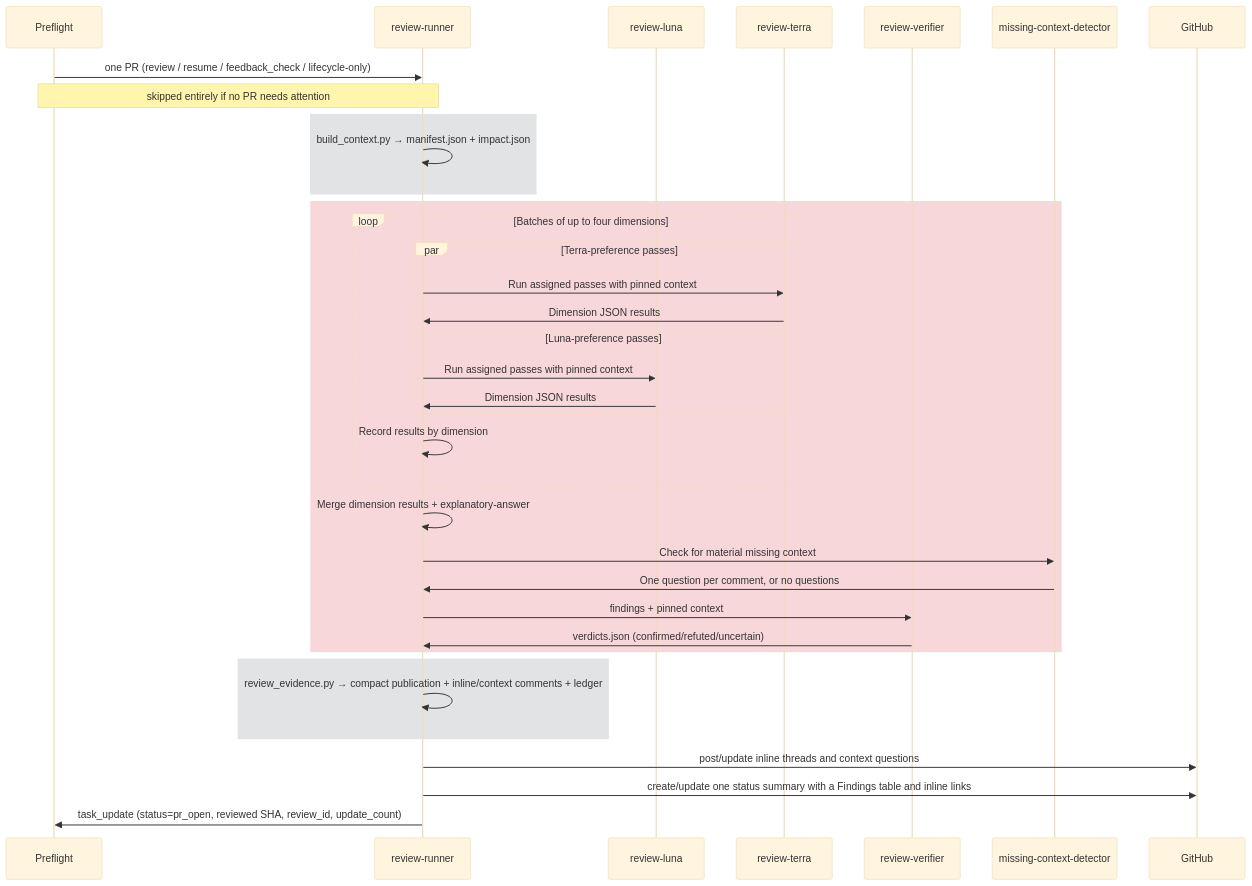
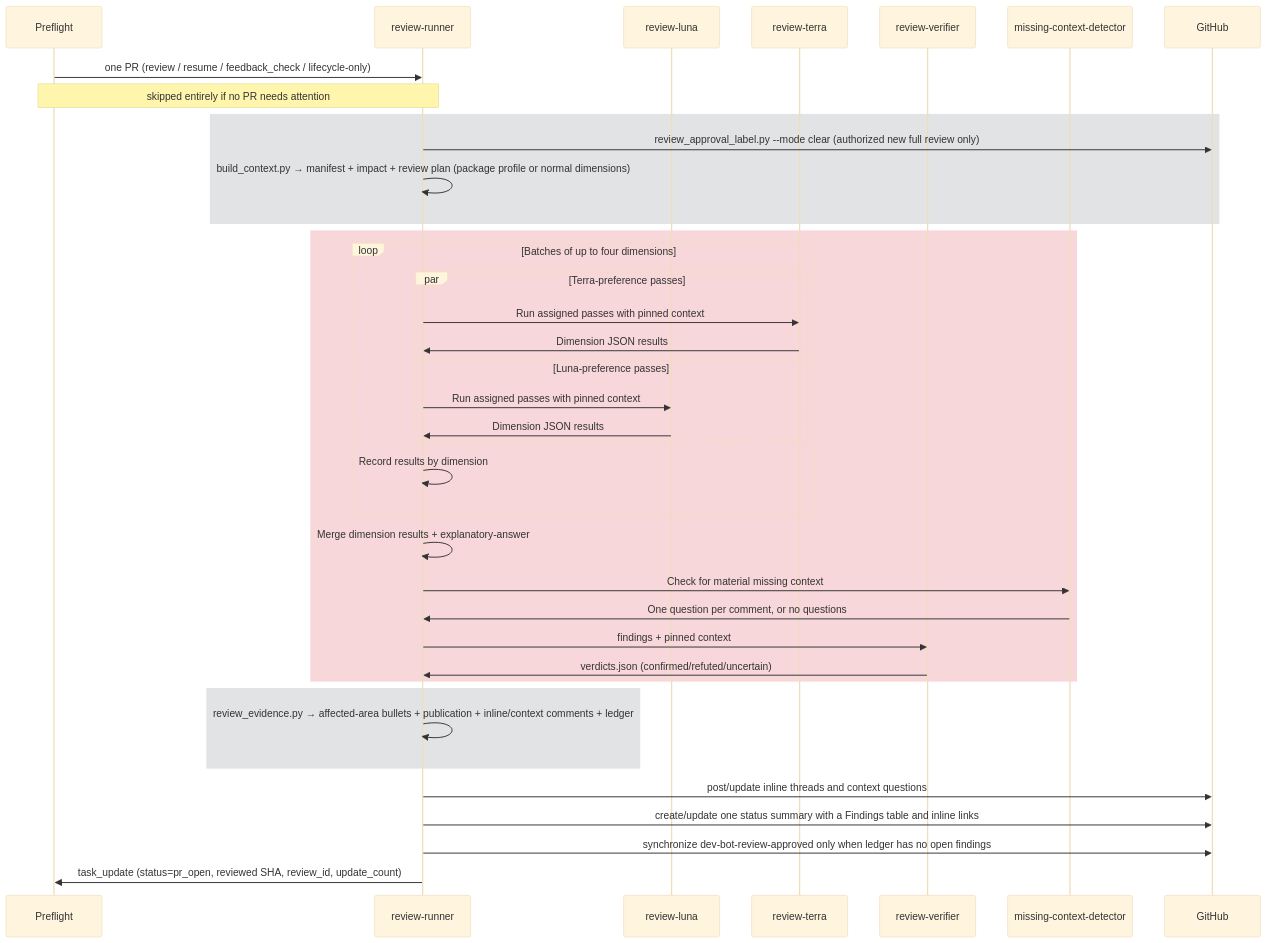
One commit to Hyperkid123/fabric-access-ai-dev changed the fourth of 4 diagrams in instance/rbac-config-review/agent/workflows/review-only/WORKFLOW.md. Above: the diagram before and after it, drawn with Mermaid (base theme). The commit also changed other lines of this file and 9 other files, not shown here.

Commit message:
feat(review): add package upgrade review path

````diff
--- a/instance/rbac-config-review/agent/workflows/review-only/WORKFLOW.md
+++ b/instance/rbac-config-review/agent/workflows/review-only/WORKFLOW.md
@@ -329,39 +357,41 @@
 ```mermaid
 sequenceDiagram
     participant Q as Preflight
     participant R as review-runner
     participant L as review-luna
     participant T as review-terra
     participant V as review-verifier
     participant M as missing-context-detector
     participant GH as GitHub
 
     Q->>R: one PR (review / resume / feedback_check / lifecycle-only)
     Note over Q,R: skipped entirely if no PR needs attention
     rect rgb(226, 227, 229)
-        R->>R: build_context.py → manifest.json + impact.json
+        R->>GH: review_approval_label.py --mode clear (authorized new full review only)
+        R->>R: build_context.py → manifest + impact + review plan (package profile or normal dimensions)
     end
     rect rgb(248, 215, 218)
         loop Batches of up to four dimensions
             par Terra-preference passes
                 R->>T: Run assigned passes with pinned context
                 T->>R: Dimension JSON results
             and Luna-preference passes
                 R->>L: Run assigned passes with pinned context
                 L->>R: Dimension JSON results
             end
             R->>R: Record results by dimension
         end
         R->>R: Merge dimension results + explanatory-answer
         R->>M: Check for material missing context
         M->>R: One question per comment, or no questions
         R->>V: findings + pinned context
         V->>R: verdicts.json (confirmed/refuted/uncertain)
     end
     rect rgb(226, 227, 229)
-        R->>R: review_evidence.py → compact publication + inline/context comments + ledger
+        R->>R: review_evidence.py → affected-area bullets + publication + inline/context comments + ledger
     end
     R->>GH: post/update inline threads and context questions
     R->>GH: create/update one status summary with a Findings table and inline links
+    R->>GH: synchronize dev-bot-review-approved only when ledger has no open findings
     R->>Q: task_update (status=pr_open, reviewed SHA, review_id, update_count)
 ```
````
